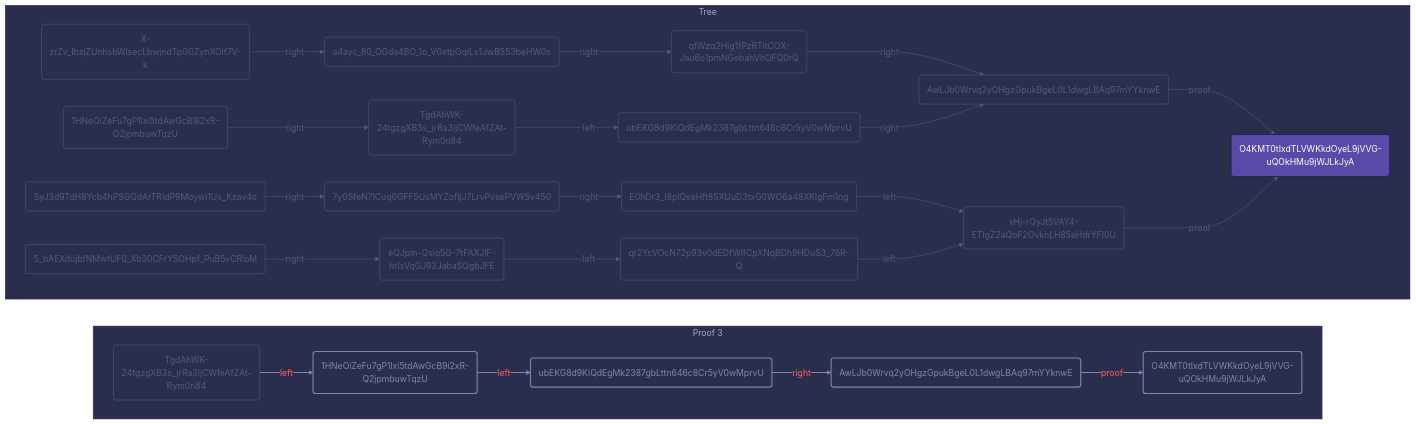
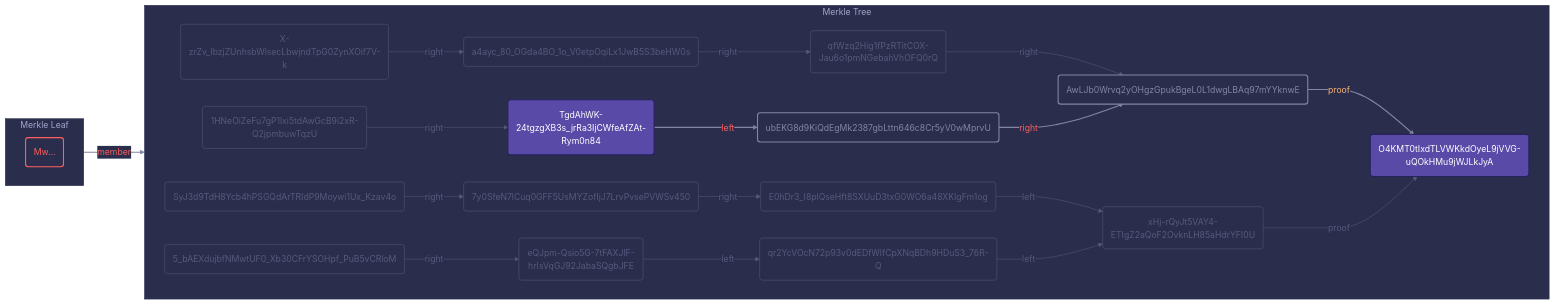
Before and after one commit to transmute-industries/verifiable-data: the diagram in packages/merkle-proof/src/mermaid-representation/__tests__/inclusion.proof.no-salt.mermaid.md, drawn with Mermaid. The commit also changed 13 other files, not shown here.

````diff
--- a/packages/merkle-proof/src/mermaid-representation/__tests__/inclusion.proof.no-salt.mermaid.md
+++ b/packages/merkle-proof/src/mermaid-representation/__tests__/inclusion.proof.no-salt.mermaid.md
@@ -16,64 +16,88 @@
     }
   }
 }%%
+
+%% https://transmute.industries %%
+
 graph LR
-	subgraph Proof 3
+	subgraph Merkle Tree
 		direction LR
+		3b828c4f4b48c5d4cb5562a474ec9e2fd8d5546fae40e90732ef635892e42720("O4KMT0tIxdTLVWKkdOyeL9jVVG-uQOkHMu9jWJLkJyA") 
+		5feceb66ffc86f38d952786c6d696c79c2dbc239dd4e91b46729d73a27fb57e9("X-zrZv_IbzjZUnhsbWlsecLbwjndTpG0ZynXOif7V-k") 
+		6b86b273ff34fce19d6b804eff5a3f5747ada4eaa22f1d49c01e52ddb7875b4b("a4ayc_80_OGda4BO_1o_V0etpOqiLx1JwB5S3beHW0s") 
+		a9f5b3ab61e28357cfcd14e2b42397f896aeea8d6998d19e6da85584e150d2b4("qfWzq2Hig1fPzRTitCOX-Jau6o1pmNGebahVhOFQ0rQ") 
+		0302c96f45abbeadb23878331a9ba406078bd0bd5dc202c102af7b9986249f01("AwLJb0Wrvq2yOHgzGpukBgeL0L1dwgLBAq97mYYknwE") 
+		d4735e3a265e16eee03f59718b9b5d03019c07d8b6c51f90da3a666eec13ab35("1HNeOiZeFu7gP1lxi5tdAwGcB9i2xR-Q2jpmbuwTqzU") 
 		4e07408562bedb8b60ce05c1decfe3ad16b72230967de01f640b7e4729b49fce("TgdAhWK-24tgzgXB3s_jrRa3IjCWfeAfZAt-Rym0n84") 
-		d4735e3a265e16eee03f59718b9b5d03019c07d8b6c51f90da3a666eec13ab35("1HNeOiZeFu7gP1lxi5tdAwGcB9i2xR-Q2jpmbuwTqzU") 
 		b9b10a1bc77d2a241d120324db7f3b81b2edb67eb8e9cf02af9c95d30329aef5("ubEKG8d9KiQdEgMk2387gbLttn646c8Cr5yV0wMprvU") 
-		0302c96f45abbeadb23878331a9ba406078bd0bd5dc202c102af7b9986249f01("AwLJb0Wrvq2yOHgzGpukBgeL0L1dwgLBAq97mYYknwE") 
-		3b828c4f4b48c5d4cb5562a474ec9e2fd8d5546fae40e90732ef635892e42720("O4KMT0tIxdTLVWKkdOyeL9jVVG-uQOkHMu9jWJLkJyA") 
-		4e07408562bedb8b60ce05c1decfe3ad16b72230967de01f640b7e4729b49fce -- left --> d4735e3a265e16eee03f59718b9b5d03019c07d8b6c51f90da3a666eec13ab35
-		d4735e3a265e16eee03f59718b9b5d03019c07d8b6c51f90da3a666eec13ab35 -- left --> b9b10a1bc77d2a241d120324db7f3b81b2edb67eb8e9cf02af9c95d30329aef5
+		4b227777d4dd1fc61c6f884f48641d02b4d121d3fd328cb08b5531fcacdabf8a("SyJ3d9TdH8Ycb4hPSGQdArTRIdP9Moywi1Ux_Kzav4o") 
+		ef2d127de37b942baad06145e54b0c619a1f22327b2ebbcfbec78f5564afe39d("7y0SfeN7lCuq0GFF5UsMYZofIjJ7LrvPvsePVWSv450") 
+		134843af7fc8f29950b1e1dfb7c49752e0f7b711b458ee9ae3c5ca220166d688("E0hDr3_I8plQseHft8SXUuD3txG0WO6a48XKIgFm1og") 
+		c478fead0c89b79540638f844c8819d9a4281763af9272c7f3968776b6052345("xHj-rQyJt5VAY4-ETIgZ2aQoF2OvknLH85aHdrYFI0U") 
+		e7f6c011776e8db7cd330b54174fd76f7d0216b612387a5ffcfb81e6f0919683("5_bAEXdujbfNMwtUF0_Xb30CFrYSOHpf_PuB5vCRloM") 
+		7902699be42c8a8e46fbbb4501726517e86b22c56a189f7625a6da49081b2451("eQJpm-Qsio5G-7tFAXJlF-hrIsVqGJ92JabaSQgbJFE") 
+		aabd9871539c37bda9f77bf47440df5a57c2a5736a04387d1c3b92dffefa47e4("qr2YcVOcN72p93v0dEDfWlfCpXNqBDh9HDuS3_76R-Q") 
+		5feceb66ffc86f38d952786c6d696c79c2dbc239dd4e91b46729d73a27fb57e9 -- right --> 6b86b273ff34fce19d6b804eff5a3f5747ada4eaa22f1d49c01e52ddb7875b4b
+		6b86b273ff34fce19d6b804eff5a3f5747ada4eaa22f1d49c01e52ddb7875b4b -- right --> a9f5b3ab61e28357cfcd14e2b42397f896aeea8d6998d19e6da85584e150d2b4
+		a9f5b3ab61e28357cfcd14e2b42397f896aeea8d6998d19e6da85584e150d2b4 -- right --> 0302c96f45abbeadb23878331a9ba406078bd0bd5dc202c102af7b9986249f01
+		0302c96f45abbeadb23878331a9ba406078bd0bd5dc202c102af7b9986249f01 -- proof --> 3b828c4f4b48c5d4cb5562a474ec9e2fd8d5546fae40e90732ef635892e42720
+		d4735e3a265e16eee03f59718b9b5d03019c07d8b6c51f90da3a666eec13ab35 -- right --> 4e07408562bedb8b60ce05c1decfe3ad16b72230967de01f640b7e4729b49fce
+		4e07408562bedb8b60ce05c1decfe3ad16b72230967de01f640b7e4729b49fce -- left --> b9b10a1bc77d2a241d120324db7f3b81b2edb67eb8e9cf02af9c95d30329aef5
 		b9b10a1bc77d2a241d120324db7f3b81b2edb67eb8e9cf02af9c95d30329aef5 -- right --> 0302c96f45abbeadb23878331a9ba406078bd0bd5dc202c102af7b9986249f01
-		0302c96f45abbeadb23878331a9ba406078bd0bd5dc202c102af7b9986249f01 -- proof --> 3b828c4f4b48c5d4cb5562a474ec9e2fd8d5546fae40e90732ef635892e42720
+		4b227777d4dd1fc61c6f884f48641d02b4d121d3fd328cb08b5531fcacdabf8a -- right --> ef2d127de37b942baad06145e54b0c619a1f22327b2ebbcfbec78f5564afe39d
+		ef2d127de37b942baad06145e54b0c619a1f22327b2ebbcfbec78f5564afe39d -- right --> 134843af7fc8f29950b1e1dfb7c49752e0f7b711b458ee9ae3c5ca220166d688
+		134843af7fc8f29950b1e1dfb7c49752e0f7b711b458ee9ae3c5ca220166d688 -- left --> c478fead0c89b79540638f844c8819d9a4281763af9272c7f3968776b6052345
+		c478fead0c89b79540638f844c8819d9a4281763af9272c7f3968776b6052345 -- proof --> 3b828c4f4b48c5d4cb5562a474ec9e2fd8d5546fae40e90732ef635892e42720
+		e7f6c011776e8db7cd330b54174fd76f7d0216b612387a5ffcfb81e6f0919683 -- right --> 7902699be42c8a8e46fbbb4501726517e86b22c56a189f7625a6da49081b2451
+		7902699be42c8a8e46fbbb4501726517e86b22c56a189f7625a6da49081b2451 -- left --> aabd9871539c37bda9f77bf47440df5a57c2a5736a04387d1c3b92dffefa47e4
+		aabd9871539c37bda9f77bf47440df5a57c2a5736a04387d1c3b92dffefa47e4 -- left --> c478fead0c89b79540638f844c8819d9a4281763af9272c7f3968776b6052345
 	end
 
-	subgraph Tree
+	subgraph Merkle Leaf
 		direction LR
-		O4KMT0tIxdTLVWKkdOyeL9jVVG-uQOkHMu9jWJLkJyA("O4KMT0tIxdTLVWKkdOyeL9jVVG-uQOkHMu9jWJLkJyA") 
-		X-zrZv_IbzjZUnhsbWlsecLbwjndTpG0ZynXOif7V-k("X-zrZv_IbzjZUnhsbWlsecLbwjndTpG0ZynXOif7V-k") 
-		a4ayc_80_OGda4BO_1o_V0etpOqiLx1JwB5S3beHW0s("a4ayc_80_OGda4BO_1o_V0etpOqiLx1JwB5S3beHW0s") 
-		qfWzq2Hig1fPzRTitCOX-Jau6o1pmNGebahVhOFQ0rQ("qfWzq2Hig1fPzRTitCOX-Jau6o1pmNGebahVhOFQ0rQ") 
-		AwLJb0Wrvq2yOHgzGpukBgeL0L1dwgLBAq97mYYknwE("AwLJb0Wrvq2yOHgzGpukBgeL0L1dwgLBAq97mYYknwE") 
-		1HNeOiZeFu7gP1lxi5tdAwGcB9i2xR-Q2jpmbuwTqzU("1HNeOiZeFu7gP1lxi5tdAwGcB9i2xR-Q2jpmbuwTqzU") 
-		TgdAhWK-24tgzgXB3s_jrRa3IjCWfeAfZAt-Rym0n84("TgdAhWK-24tgzgXB3s_jrRa3IjCWfeAfZAt-Rym0n84") 
-		ubEKG8d9KiQdEgMk2387gbLttn646c8Cr5yV0wMprvU("ubEKG8d9KiQdEgMk2387gbLttn646c8Cr5yV0wMprvU") 
-		SyJ3d9TdH8Ycb4hPSGQdArTRIdP9Moywi1Ux_Kzav4o("SyJ3d9TdH8Ycb4hPSGQdArTRIdP9Moywi1Ux_Kzav4o") 
-		7y0SfeN7lCuq0GFF5UsMYZofIjJ7LrvPvsePVWSv450("7y0SfeN7lCuq0GFF5UsMYZofIjJ7LrvPvsePVWSv450") 
-		E0hDr3_I8plQseHft8SXUuD3txG0WO6a48XKIgFm1og("E0hDr3_I8plQseHft8SXUuD3txG0WO6a48XKIgFm1og") 
-		xHj-rQyJt5VAY4-ETIgZ2aQoF2OvknLH85aHdrYFI0U("xHj-rQyJt5VAY4-ETIgZ2aQoF2OvknLH85aHdrYFI0U") 
-		5_bAEXdujbfNMwtUF0_Xb30CFrYSOHpf_PuB5vCRloM("5_bAEXdujbfNMwtUF0_Xb30CFrYSOHpf_PuB5vCRloM") 
-		eQJpm-Qsio5G-7tFAXJlF-hrIsVqGJ92JabaSQgbJFE("eQJpm-Qsio5G-7tFAXJlF-hrIsVqGJ92JabaSQgbJFE") 
-		qr2YcVOcN72p93v0dEDfWlfCpXNqBDh9HDuS3_76R-Q("qr2YcVOcN72p93v0dEDfWlfCpXNqBDh9HDuS3_76R-Q") 
-		X-zrZv_IbzjZUnhsbWlsecLbwjndTpG0ZynXOif7V-k -- right --> a4ayc_80_OGda4BO_1o_V0etpOqiLx1JwB5S3beHW0s
-		a4ayc_80_OGda4BO_1o_V0etpOqiLx1JwB5S3beHW0s -- right --> qfWzq2Hig1fPzRTitCOX-Jau6o1pmNGebahVhOFQ0rQ
-		qfWzq2Hig1fPzRTitCOX-Jau6o1pmNGebahVhOFQ0rQ -- right --> AwLJb0Wrvq2yOHgzGpukBgeL0L1dwgLBAq97mYYknwE
-		AwLJb0Wrvq2yOHgzGpukBgeL0L1dwgLBAq97mYYknwE -- proof --> O4KMT0tIxdTLVWKkdOyeL9jVVG-uQOkHMu9jWJLkJyA
-		1HNeOiZeFu7gP1lxi5tdAwGcB9i2xR-Q2jpmbuwTqzU -- right --> TgdAhWK-24tgzgXB3s_jrRa3IjCWfeAfZAt-Rym0n84
-		TgdAhWK-24tgzgXB3s_jrRa3IjCWfeAfZAt-Rym0n84 -- left --> ubEKG8d9KiQdEgMk2387gbLttn646c8Cr5yV0wMprvU
-		ubEKG8d9KiQdEgMk2387gbLttn646c8Cr5yV0wMprvU -- right --> AwLJb0Wrvq2yOHgzGpukBgeL0L1dwgLBAq97mYYknwE
-		SyJ3d9TdH8Ycb4hPSGQdArTRIdP9Moywi1Ux_Kzav4o -- right --> 7y0SfeN7lCuq0GFF5UsMYZofIjJ7LrvPvsePVWSv450
-		7y0SfeN7lCuq0GFF5UsMYZofIjJ7LrvPvsePVWSv450 -- right --> E0hDr3_I8plQseHft8SXUuD3txG0WO6a48XKIgFm1og
-		E0hDr3_I8plQseHft8SXUuD3txG0WO6a48XKIgFm1og -- left --> xHj-rQyJt5VAY4-ETIgZ2aQoF2OvknLH85aHdrYFI0U
-		xHj-rQyJt5VAY4-ETIgZ2aQoF2OvknLH85aHdrYFI0U -- proof --> O4KMT0tIxdTLVWKkdOyeL9jVVG-uQOkHMu9jWJLkJyA
-		5_bAEXdujbfNMwtUF0_Xb30CFrYSOHpf_PuB5vCRloM -- right --> eQJpm-Qsio5G-7tFAXJlF-hrIsVqGJ92JabaSQgbJFE
-		eQJpm-Qsio5G-7tFAXJlF-hrIsVqGJ92JabaSQgbJFE -- left --> qr2YcVOcN72p93v0dEDfWlfCpXNqBDh9HDuS3_76R-Q
-		qr2YcVOcN72p93v0dEDfWlfCpXNqBDh9HDuS3_76R-Q -- left --> xHj-rQyJt5VAY4-ETIgZ2aQoF2OvknLH85aHdrYFI0U
+		33("Mw...") 
+		4e07408562bedb8b60ce05c1decfe3ad16b72230967de01f640b7e4729b49fce("TgdAhWK-24tgzgXB3s_jrRa3IjCWfeAfZAt-Rym0n84") 
+		33 -- member --> 4e07408562bedb8b60ce05c1decfe3ad16b72230967de01f640b7e4729b49fce
 	end
 
-%% https://transmute.industries 
-%% Leaf Styles 
-%% Proof Styles 
-linkStyle 0 color: #ff605d, stroke: #8286a3, stroke-width: 2.0px
-linkStyle 1 color: #ff605d, stroke: #8286a3, stroke-width: 2.0px
-linkStyle 2 color: #ff605d, stroke: #8286a3, stroke-width: 2.0px
-linkStyle 3 color: #ff605d, stroke: #8286a3, stroke-width: 2.0px
-style d4735e3a265e16eee03f59718b9b5d03019c07d8b6c51f90da3a666eec13ab35 color: #8286a3, stroke: #8286a3, stroke-width: 2.0px
-style b9b10a1bc77d2a241d120324db7f3b81b2edb67eb8e9cf02af9c95d30329aef5 color: #8286a3, stroke: #8286a3, stroke-width: 2.0px
-style 0302c96f45abbeadb23878331a9ba406078bd0bd5dc202c102af7b9986249f01 color: #8286a3, stroke: #8286a3, stroke-width: 2.0px
-style 3b828c4f4b48c5d4cb5562a474ec9e2fd8d5546fae40e90732ef635892e42720 color: #8286a3, stroke: #8286a3, stroke-width: 2.0px
-%% Root Style 
-style O4KMT0tIxdTLVWKkdOyeL9jVVG-uQOkHMu9jWJLkJyA color: #fff, fill: #594aa8, stroke: #27225b, stroke-width: 2.0px
+
+%% Style for: Merkle Tree
+style 3b828c4f4b48c5d4cb5562a474ec9e2fd8d5546fae40e90732ef635892e42720 color:#fff, fill: #594aa8, stroke:#27225b, stroke-width: 2.0px
+style 5feceb66ffc86f38d952786c6d696c79c2dbc239dd4e91b46729d73a27fb57e9 color:#565a7c, stroke:#565a7c, stroke-width: 1.0px
+style 6b86b273ff34fce19d6b804eff5a3f5747ada4eaa22f1d49c01e52ddb7875b4b color:#565a7c, stroke:#565a7c, stroke-width: 1.0px
+style a9f5b3ab61e28357cfcd14e2b42397f896aeea8d6998d19e6da85584e150d2b4 color:#565a7c, stroke:#565a7c, stroke-width: 1.0px
+style 0302c96f45abbeadb23878331a9ba406078bd0bd5dc202c102af7b9986249f01 color:#8286a3, stroke:#8286a3, stroke-width: 2.0px
+style d4735e3a265e16eee03f59718b9b5d03019c07d8b6c51f90da3a666eec13ab35 color:#565a7c, stroke:#565a7c, stroke-width: 1.0px
+style 4e07408562bedb8b60ce05c1decfe3ad16b72230967de01f640b7e4729b49fce color:#8286a3, stroke:#8286a3, stroke-width: 2.0px
+style b9b10a1bc77d2a241d120324db7f3b81b2edb67eb8e9cf02af9c95d30329aef5 color:#8286a3, stroke:#8286a3, stroke-width: 2.0px
+style 4b227777d4dd1fc61c6f884f48641d02b4d121d3fd328cb08b5531fcacdabf8a color:#565a7c, stroke:#565a7c, stroke-width: 1.0px
+style ef2d127de37b942baad06145e54b0c619a1f22327b2ebbcfbec78f5564afe39d color:#565a7c, stroke:#565a7c, stroke-width: 1.0px
+style 134843af7fc8f29950b1e1dfb7c49752e0f7b711b458ee9ae3c5ca220166d688 color:#565a7c, stroke:#565a7c, stroke-width: 1.0px
+style c478fead0c89b79540638f844c8819d9a4281763af9272c7f3968776b6052345 color:#565a7c, stroke:#565a7c, stroke-width: 1.0px
+style e7f6c011776e8db7cd330b54174fd76f7d0216b612387a5ffcfb81e6f0919683 color:#565a7c, stroke:#565a7c, stroke-width: 1.0px
+style 7902699be42c8a8e46fbbb4501726517e86b22c56a189f7625a6da49081b2451 color:#565a7c, stroke:#565a7c, stroke-width: 1.0px
+style aabd9871539c37bda9f77bf47440df5a57c2a5736a04387d1c3b92dffefa47e4 color:#565a7c, stroke:#565a7c, stroke-width: 1.0px
+linkStyle 0 color:#565a7c, stroke:#565a7c, stroke-width: 1.0px 
+linkStyle 1 color:#565a7c, stroke:#565a7c, stroke-width: 1.0px 
+linkStyle 2 color:#565a7c, stroke:#565a7c, stroke-width: 1.0px 
+linkStyle 3 color:#fcb373, stroke:#8286a3, stroke-width: 2.0px 
+linkStyle 4 color:#565a7c, stroke:#565a7c, stroke-width: 1.0px 
+linkStyle 5 color:#ff605d, stroke:#8286a3, stroke-width: 2.0px 
+linkStyle 6 color:#ff605d, stroke:#8286a3, stroke-width: 2.0px 
+linkStyle 7 color:#565a7c, stroke:#565a7c, stroke-width: 1.0px 
+linkStyle 8 color:#565a7c, stroke:#565a7c, stroke-width: 1.0px 
+linkStyle 9 color:#565a7c, stroke:#565a7c, stroke-width: 1.0px 
+linkStyle 10 color:#565a7c, stroke:#565a7c, stroke-width: 1.0px 
+linkStyle 11 color:#565a7c, stroke:#565a7c, stroke-width: 1.0px 
+linkStyle 12 color:#565a7c, stroke:#565a7c, stroke-width: 1.0px 
+linkStyle 13 color:#565a7c, stroke:#565a7c, stroke-width: 1.0px 
+
+
+
+%% Style for: Merkle Leaf
+style 33 color:#ff605d, stroke:#ff605d, stroke-width: 2.0px
+style 4e07408562bedb8b60ce05c1decfe3ad16b72230967de01f640b7e4729b49fce color:#fff, fill: #594aa8, stroke:#27225b, stroke-width: 2.0px
+linkStyle 14 color:#ff605d, stroke:#8286a3, stroke-width: 2.0px 
+
+
 ```
````
